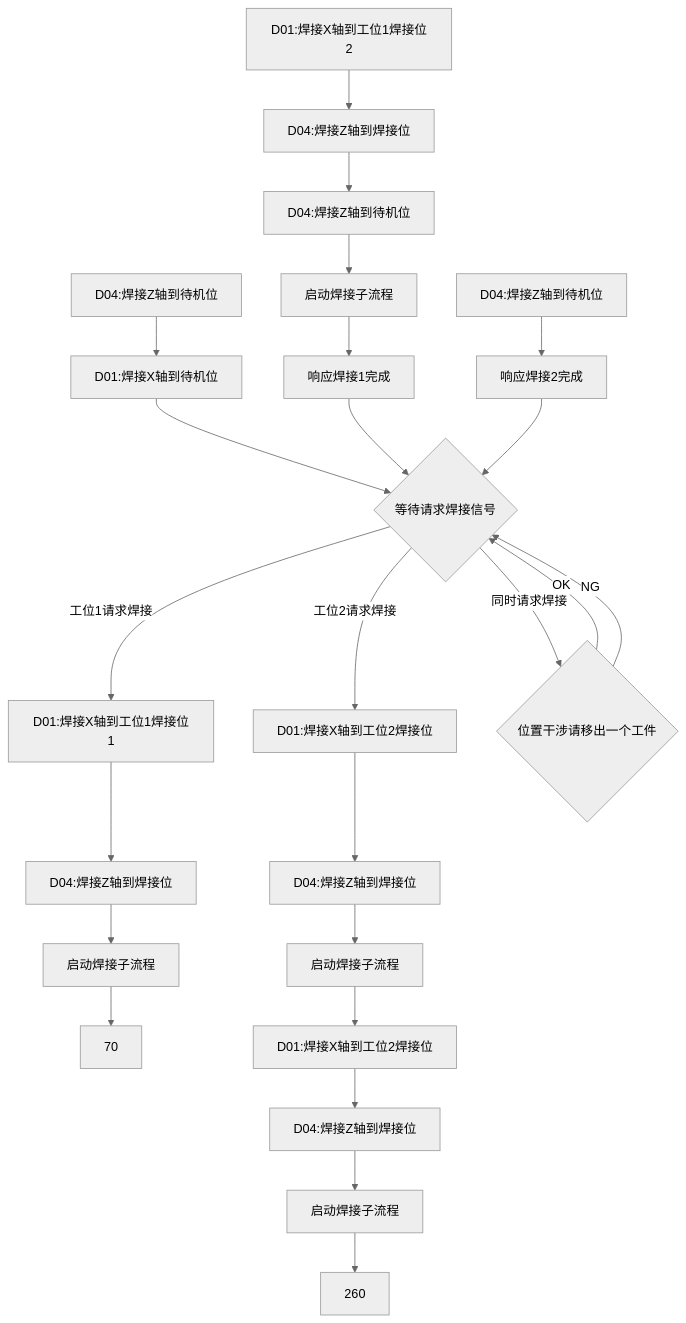
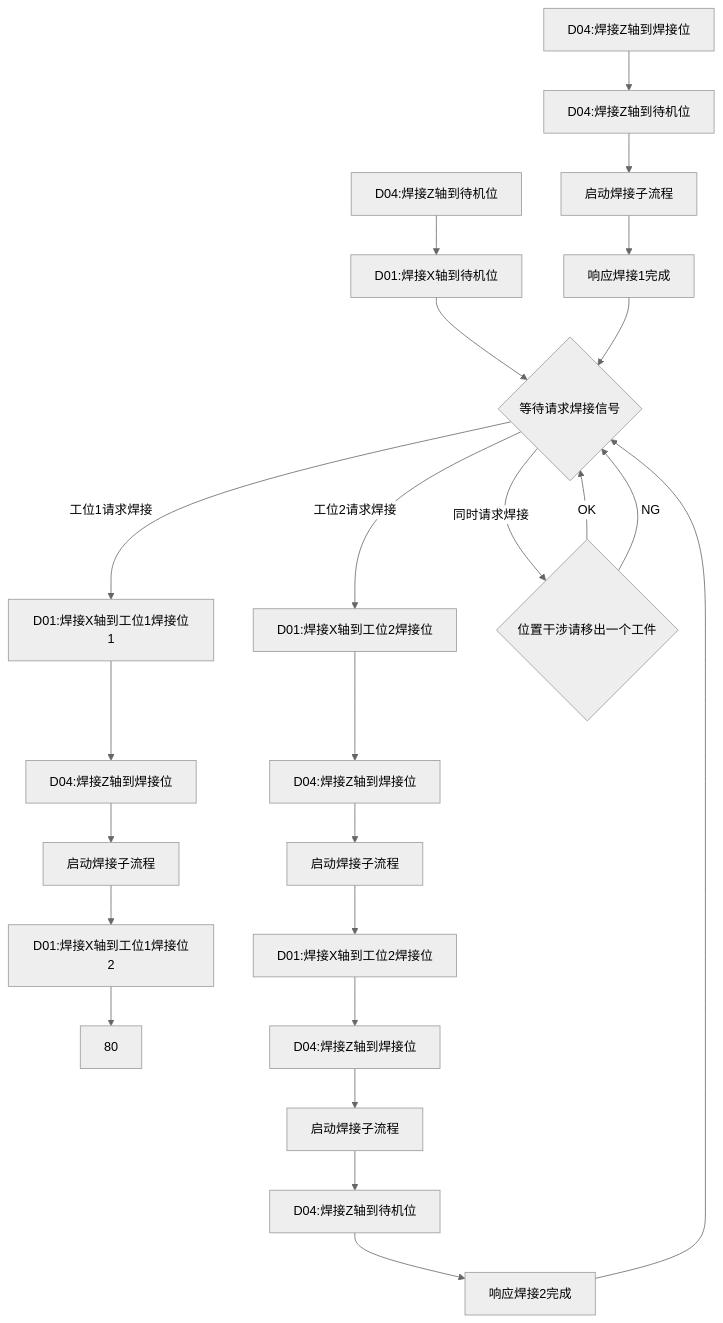
The diagram in all/OP20-1焊接工位自动流程.md (PengKun1/iodraw-files), drawn with Mermaid (neutral theme) before and after one commit.

Commit message:
2024-08-07 14:12:40 update

````diff
--- a/all/OP20-1焊接工位自动流程.md
+++ b/all/OP20-1焊接工位自动流程.md
@@ -1,26 +1,26 @@
 ```mermaid
 graph TD
 10[D04:焊接Z轴到待机位]-->20
 20[D01:焊接X轴到待机位]-->30
 30{等待请求焊接信号}-->|工位1请求焊接|40
 30-->|工位2请求焊接|200
 30-->|同时请求焊接|900
 40[D01:焊接X轴到工位1焊接位1]-->50
 50[D04:焊接Z轴到焊接位]-->60
 60[启动焊接子流程]-->70
-80[D01:焊接X轴到工位1焊接位2]-->90
+70[D01:焊接X轴到工位1焊接位2]-->80
 90[D04:焊接Z轴到焊接位]-->100
 100[D04:焊接Z轴到待机位]-->110
 110[启动焊接子流程]-->120
 120[响应焊接1完成]-->30
 200[D01:焊接X轴到工位2焊接位]-->210
 210[D04:焊接Z轴到焊接位]-->220
 220[启动焊接子流程]-->230
 230[D01:焊接X轴到工位2焊接位]-->240
 240[D04:焊接Z轴到焊接位]-->250
 250[启动焊接子流程]-->260
-270[D04:焊接Z轴到待机位]-->280
-280[响应焊接2完成]-->30
+260[D04:焊接Z轴到待机位]-->270
+270[响应焊接2完成]-->30
 900{位置干涉请移出一个工件}-->|OK|30
 900-->|NG|30
 ```
````
